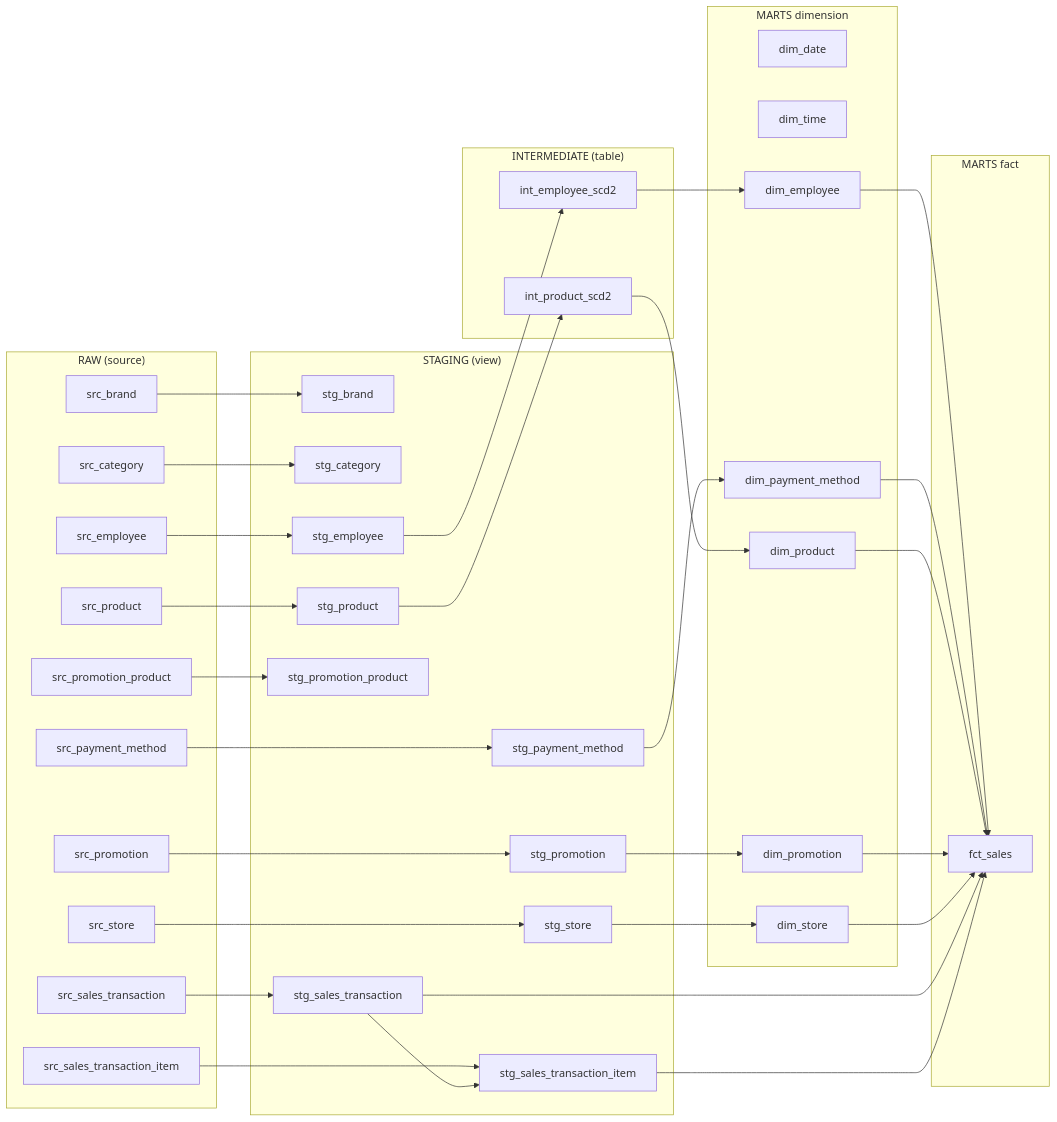
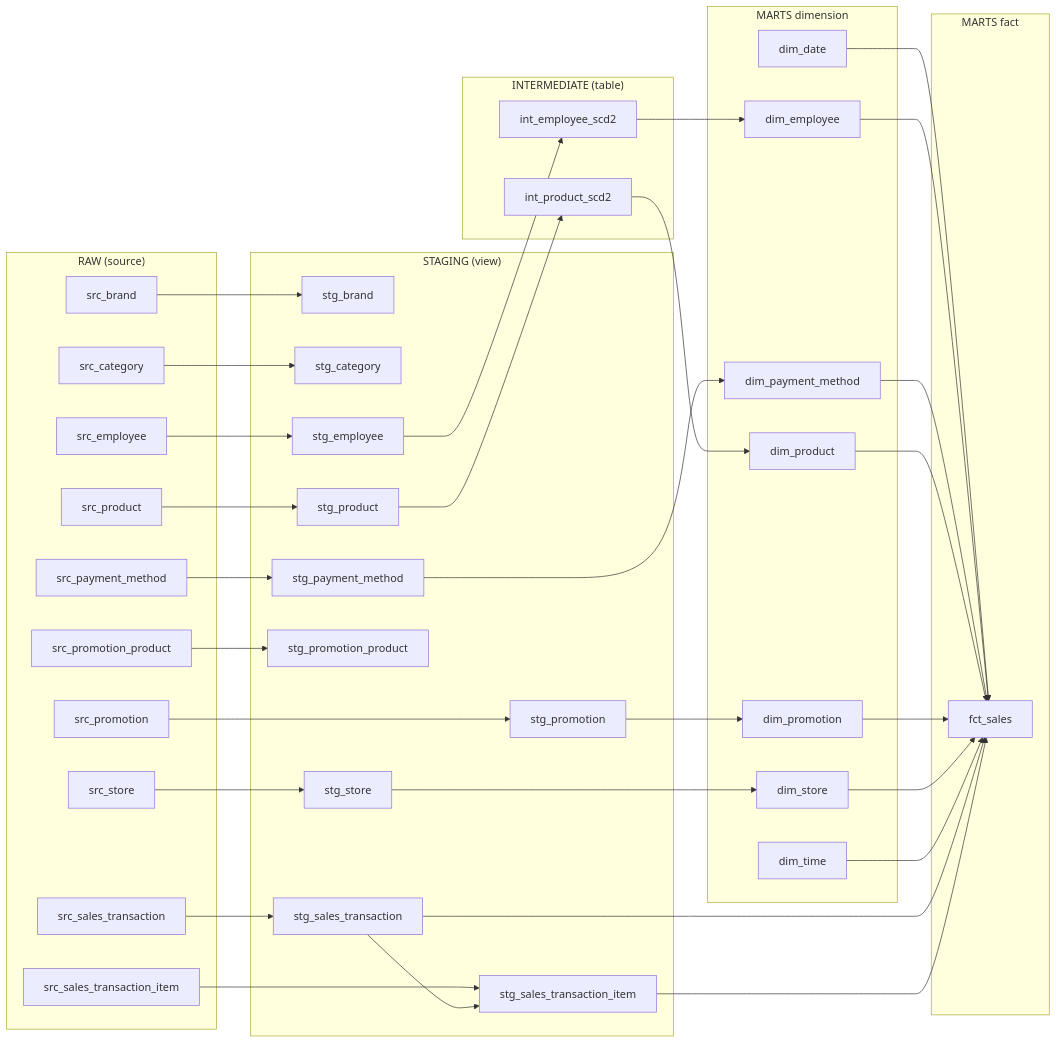
One commit to whtbl3/retail-pulse changed the diagram in docs/phases/05-dbt.md. Above: the diagram before and after it, drawn with Mermaid. The commit also changed other lines of this file and 14 other files, not shown here.

First line of the commit message:
feat: dagster orchestration, dim_date/dim_time join, English labels, Makefile

````diff
--- a/docs/phases/05-dbt.md
+++ b/docs/phases/05-dbt.md
@@ -379,68 +389,70 @@
 ```mermaid
 flowchart LR
   subgraph src["RAW (source)"]
     src_brand
     src_category
     src_employee
     src_payment_method
     src_product
     src_promotion
     src_promotion_product
     src_sales_transaction
     src_sales_transaction_item
     src_store
   end
   subgraph stg["STAGING (view)"]
     stg_brand
     stg_category
     stg_employee
     stg_payment_method
     stg_product
     stg_promotion
     stg_promotion_product
     stg_sales_transaction
     stg_sales_transaction_item
     stg_store
   end
   subgraph int["INTERMEDIATE (table)"]
     int_employee_scd2
     int_product_scd2
   end
   subgraph dim["MARTS dimension"]
     dim_date
     dim_time
     dim_employee
     dim_payment_method
     dim_product
     dim_promotion
     dim_store
   end
   subgraph fct["MARTS fact"]
     fct_sales
   end
+  dim_date --> fct_sales
   dim_employee --> fct_sales
   dim_payment_method --> fct_sales
   dim_product --> fct_sales
   dim_promotion --> fct_sales
   dim_store --> fct_sales
+  dim_time --> fct_sales
   int_employee_scd2 --> dim_employee
   int_product_scd2 --> dim_product
   src_brand --> stg_brand
   src_category --> stg_category
   src_employee --> stg_employee
   src_payment_method --> stg_payment_method
   src_product --> stg_product
   src_promotion --> stg_promotion
   src_promotion_product --> stg_promotion_product
   src_sales_transaction --> stg_sales_transaction
   src_sales_transaction_item --> stg_sales_transaction_item
   src_store --> stg_store
   stg_employee --> int_employee_scd2
   stg_payment_method --> dim_payment_method
   stg_product --> int_product_scd2
   stg_promotion --> dim_promotion
   stg_sales_transaction --> fct_sales
   stg_sales_transaction --> stg_sales_transaction_item
   stg_sales_transaction_item --> fct_sales
   stg_store --> dim_store
 ```
````
